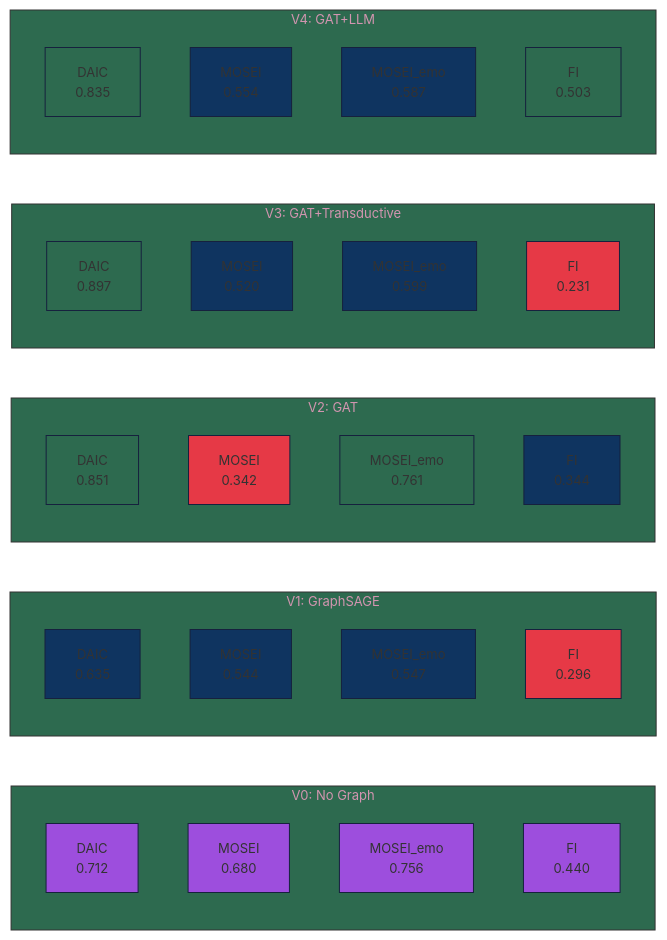
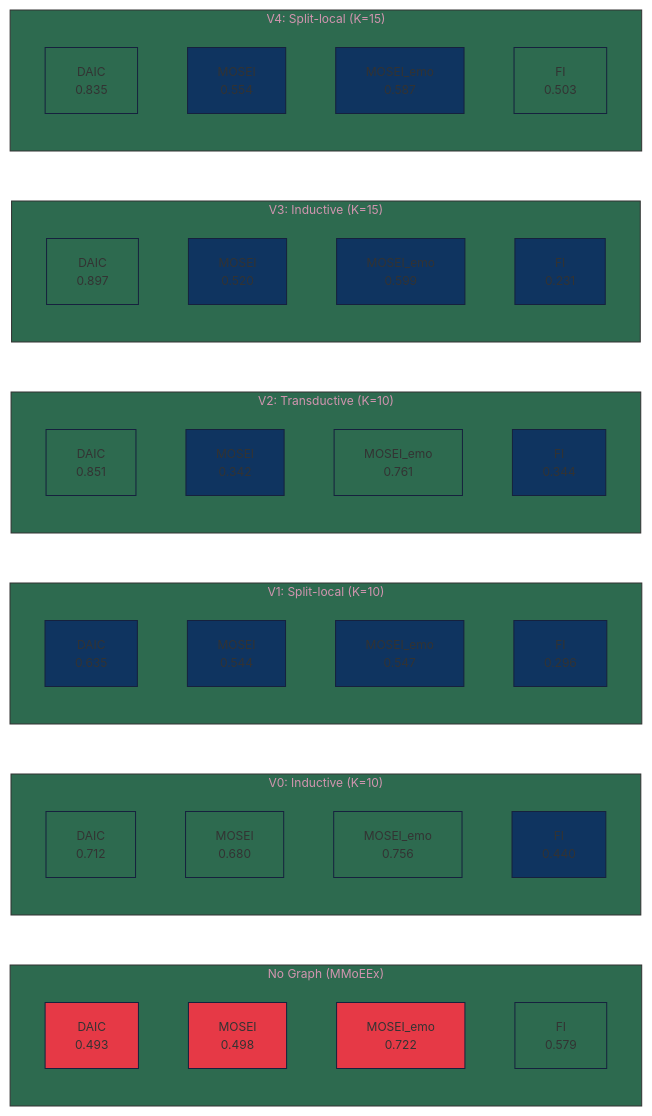
Before and after one commit to an-2018/experiment-5-unified-model: the diagram in paper/diagrams/results_graph_ablation.mmd, drawn with Mermaid. The commit also changed 13 other files, not shown here.

Commit message:
feat: add comprehensive system architecture and analysis diagrams to thesis paper repository

```diff
--- a/paper/diagrams/results_graph_ablation.mmd
+++ b/paper/diagrams/results_graph_ablation.mmd
@@ -1,57 +1,73 @@
-%%{init: {'theme': 'base', 'themeVariables': { 'fontSize': '13px', 'primaryColor': '#1a1a2e', 'primaryBorderColor': '#16213e', 'lineColor': '#a0a0a0', 'secondaryColor': '#0f3460', 'tertiaryColor': '#2d6a4f' }} }%%
+%%{init: {'theme': 'base', 'themeVariables': { 'fontSize': '12px', 'primaryColor': '#1a1a2e', 'primaryBorderColor': '#16213e', 'lineColor': '#a0a0a0', 'secondaryColor': '#0f3460', 'tertiaryColor': '#2d6a4f' }} }%%
 flowchart LR
-    subgraph V0["V0: No Graph"]
+    subgraph Baseline["No Graph (MMoEEx)"]
+        B_D["DAIC<br/>0.493"]
+        B_M["MOSEI<br/>0.498"]
+        B_E["MOSEI_emo<br/>0.722"]
+        B_F["FI<br/>0.579"]
+    end
+
+    subgraph V0["V0: Inductive (K=10)"]
         V0_D["DAIC<br/>0.712"]
         V0_M["MOSEI<br/>0.680"]
         V0_E["MOSEI_emo<br/>0.756"]
         V0_F["FI<br/>0.440"]
     end
 
-    subgraph V1["V1: GraphSAGE"]
+    subgraph V1["V1: Split-local (K=10)"]
         V1_D["DAIC<br/>0.635"]
         V1_M["MOSEI<br/>0.544"]
         V1_E["MOSEI_emo<br/>0.547"]
         V1_F["FI<br/>0.296"]
     end
 
-    subgraph V2["V2: GAT"]
+    subgraph V2["V2: Transductive (K=10)"]
         V2_D["DAIC<br/>0.851"]
         V2_M["MOSEI<br/>0.342"]
         V2_E["MOSEI_emo<br/>0.761"]
         V2_F["FI<br/>0.344"]
     end
 
-    subgraph V3["V3: GAT+Transductive"]
+    subgraph V3["V3: Inductive (K=15)"]
         V3_D["DAIC<br/>0.897"]
         V3_M["MOSEI<br/>0.520"]
         V3_E["MOSEI_emo<br/>0.599"]
         V3_F["FI<br/>0.231"]
     end
 
-    subgraph V4["V4: GAT+LLM"]
+    subgraph V4["V4: Split-local (K=15)"]
         V4_D["DAIC<br/>0.835"]
         V4_M["MOSEI<br/>0.554"]
         V4_E["MOSEI_emo<br/>0.587"]
         V4_F["FI<br/>0.503"]
     end
 
-    style V0_D fill:#9d4edd
+    style B_D fill:#e63946
+    style B_M fill:#e63946
+    style B_E fill:#e63946
+    style B_F fill:#2d6a4f
+
+    style V0_D fill:#2d6a4f
+    style V0_M fill:#2d6a4f
+    style V0_E fill:#2d6a4f
+    style V0_F fill:#0f3460
+
     style V1_D fill:#0f3460
+    style V1_M fill:#0f3460
+    style V1_E fill:#0f3460
+    style V1_F fill:#0f3460
+
     style V2_D fill:#2d6a4f
+    style V2_M fill:#0f3460
+    style V2_E fill:#2d6a4f
+    style V2_F fill:#0f3460
+
     style V3_D fill:#2d6a4f
+    style V3_M fill:#0f3460
+    style V3_E fill:#0f3460
+    style V3_F fill:#0f3460
+
     style V4_D fill:#2d6a4f
-    style V0_M fill:#9d4edd
-    style V1_M fill:#0f3460
-    style V2_M fill:#e63946
-    style V3_M fill:#0f3460
     style V4_M fill:#0f3460
-    style V0_E fill:#9d4edd
-    style V1_E fill:#0f3460
-    style V2_E fill:#2d6a4f
-    style V3_E fill:#0f3460
     style V4_E fill:#0f3460
-    style V0_F fill:#9d4edd
-    style V1_F fill:#e63946
-    style V2_F fill:#0f3460
-    style V3_F fill:#e63946
     style V4_F fill:#2d6a4f
```
